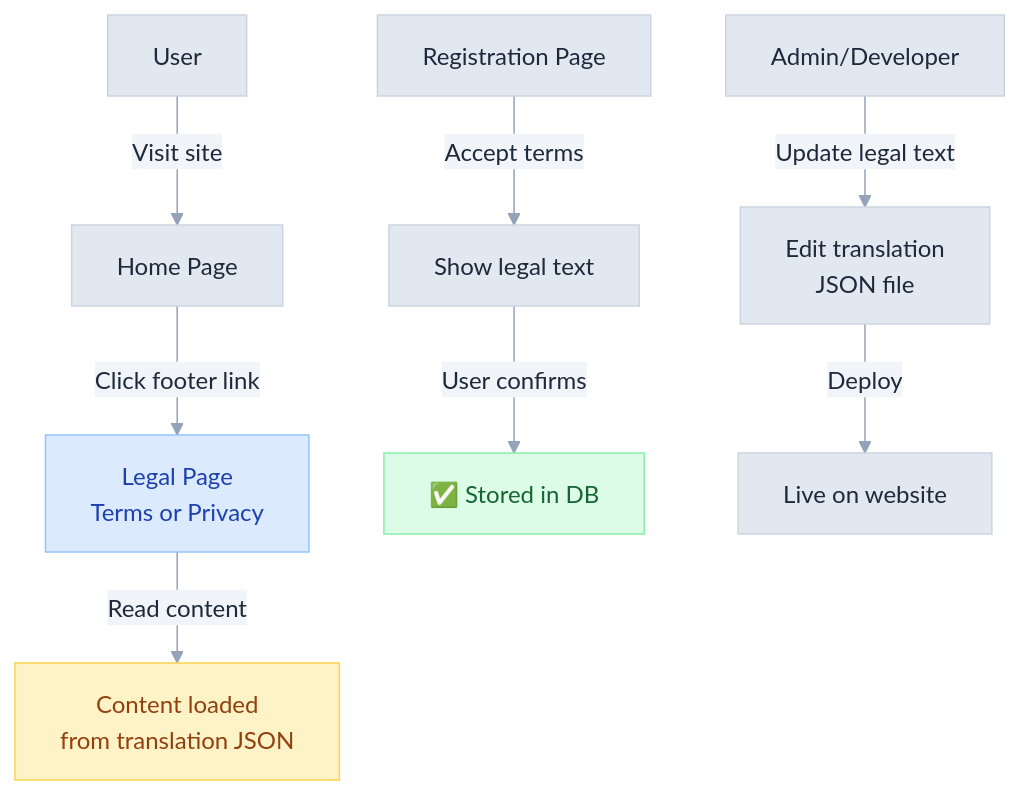
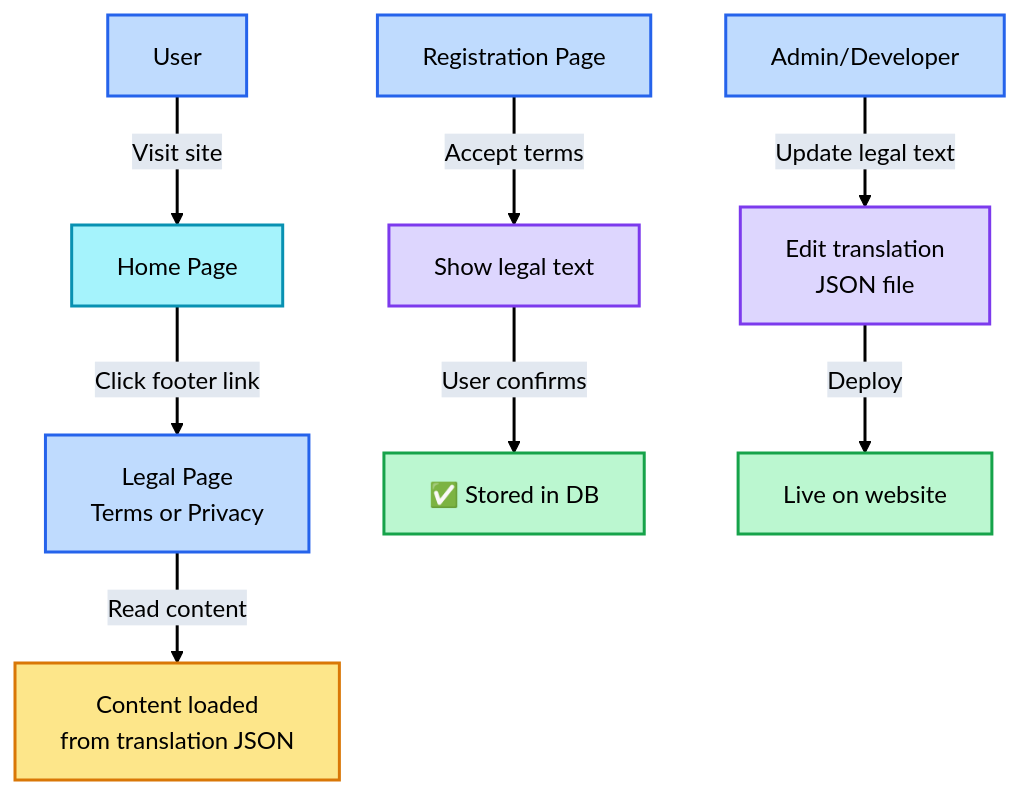
One commit to 3DHDSoft/devmultiplier-academy changed the diagram in doc/legal-pages-integration-guide.md. Above: the diagram before and after it, drawn with Mermaid. The commit also changed other lines of this file and 17 other files, not shown here.

````diff
--- a/doc/legal-pages-integration-guide.md
+++ b/doc/legal-pages-integration-guide.md
@@ -19,26 +19,37 @@
 ```mermaid
 %%{init: {'theme': 'base', 'themeVariables': {
-  'primaryColor': '#e2e8f0',
-  'primaryTextColor': '#1e293b',
-  'primaryBorderColor': '#cbd5e1',
-  'lineColor': '#94a3b8',
-  'secondaryColor': '#f1f5f9',
-  'tertiaryColor': '#f8fafc',
+  'primaryColor': '#bfdbfe',
+  'primaryTextColor': '#000000',
+  'primaryBorderColor': '#3b82f6',
+  'lineColor': '#000000',
+  'secondaryColor': '#ddd6fe',
+  'tertiaryColor': '#a5f3fc',
   'background': '#ffffff',
-  'textColor': '#334155',
+  'textColor': '#000000',
+  'edgeLabelBackground': '#e2e8f0',
   'fontFamily': 'system-ui, -apple-system, sans-serif'
-}}}%%graph TD
+}}}%%
+graph TD
     User["User"] -->|Visit site| Home["Home Page"]
     Home -->|Click footer link| Legal["Legal Page<br/>Terms or Privacy"]
     Legal -->|Read content| Content["Content loaded<br/>from translation JSON"]
 
     Signup["Registration Page"] -->|Accept terms| Accept["Show legal text"]
     Accept -->|User confirms| TOS["✅ Stored in DB"]
 
     Admin["Admin/Developer"] -->|Update legal text| JSON["Edit translation<br/>JSON file"]
     JSON -->|Deploy| Prod["Live on website"]
 
-    style Legal fill:#dbeafe,stroke:#93c5fd,color:#1e40af
-    style TOS fill:#dcfce7,stroke:#86efac,color:#166534
-    style Content fill:#fef3c7,stroke:#fcd34d,color:#92400e
+    style User fill:#bfdbfe,stroke:#2563eb,color:#000000,stroke-width:2px
+    style Home fill:#a5f3fc,stroke:#0891b2,color:#000000,stroke-width:2px
+    style Legal fill:#bfdbfe,stroke:#2563eb,color:#000000,stroke-width:2px
+    style Content fill:#fde68a,stroke:#d97706,color:#000000,stroke-width:2px
+    style Signup fill:#bfdbfe,stroke:#2563eb,color:#000000,stroke-width:2px
+    style Accept fill:#ddd6fe,stroke:#7c3aed,color:#000000,stroke-width:2px
+    style TOS fill:#bbf7d0,stroke:#16a34a,color:#000000,stroke-width:2px
+    style Admin fill:#bfdbfe,stroke:#2563eb,color:#000000,stroke-width:2px
+    style JSON fill:#ddd6fe,stroke:#7c3aed,color:#000000,stroke-width:2px
+    style Prod fill:#bbf7d0,stroke:#16a34a,color:#000000,stroke-width:2px
+
+    linkStyle default stroke:#000000,stroke-width:2px
 ```
````
